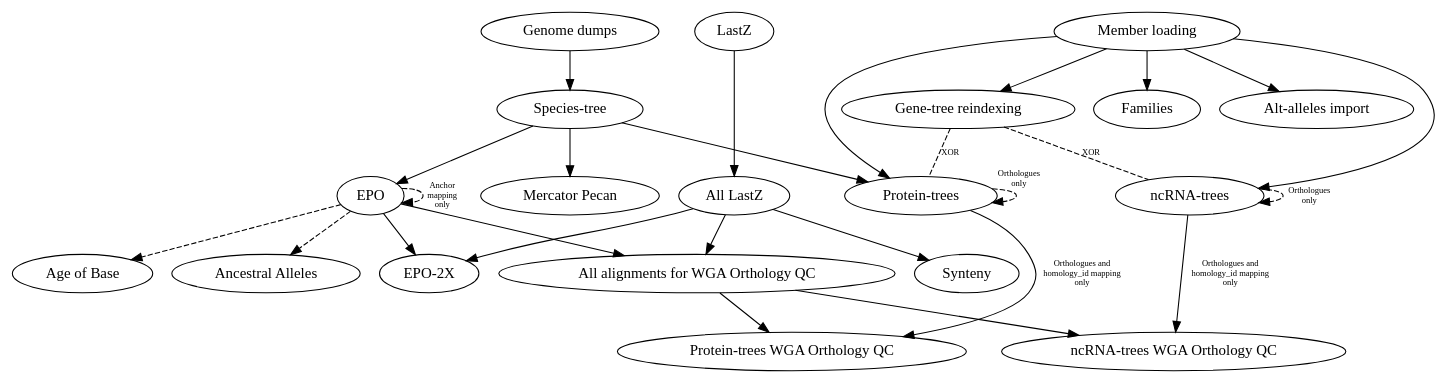
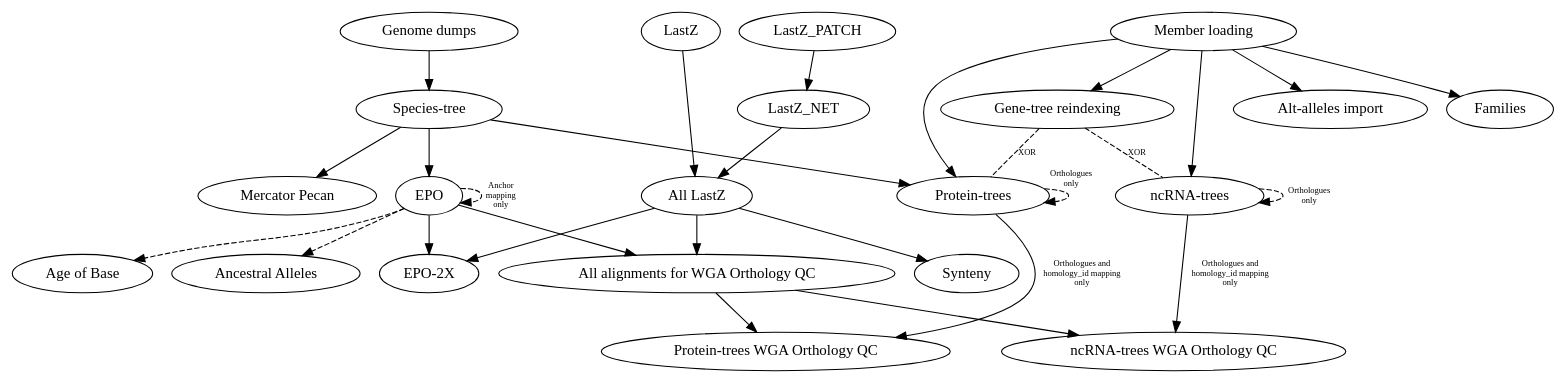
Before and after one commit to Ensembl/ensembl-compara: the diagram in scripts/jira_tickets/compara_merged.dot, drawn with Graphviz. The commit also changed 1 other file, not shown here.

Commit message:
added LASTZ_PATCH and LASTZ_NET to dependencies graph and list of standard tickets

```diff
--- a/scripts/jira_tickets/compara_merged.dot
+++ b/scripts/jira_tickets/compara_merged.dot
@@ -1,21 +1,22 @@
 digraph {
     "Genome dumps" -> "Species-tree";
     "Species-tree" -> { "EPO", "Mercator Pecan", "Protein-trees" };
     {"EPO", "All LastZ"} -> "EPO-2X";
     "Member loading" -> { "Protein-trees", "ncRNA-trees", "Families", "Gene-tree reindexing", "Alt-alleles import" };
     "Protein-trees" -> "Protein-trees WGA Orthology QC" [fontsize="8", label="Orthologues and\nhomology_id mapping\nonly"];
     "ncRNA-trees" -> "ncRNA-trees WGA Orthology QC" [fontsize="8", label="Orthologues and\nhomology_id mapping\nonly"];
     {"All LastZ", "EPO"} -> "All alignments for WGA Orthology QC" -> {"Protein-trees WGA Orthology QC", "ncRNA-trees WGA Orthology QC"};
     "LastZ" -> "All LastZ" -> "Synteny";
+    "LastZ_PATCH" -> "LastZ_NET" -> "All LastZ";
 
     "Gene-tree reindexing" -> "ncRNA-trees" [style="dashed", dir=none, fontsize="8", label="XOR", headport="murinae:w", tailport="murinae:s"];
     "Gene-tree reindexing" -> "Protein-trees" [style="dashed", dir=none, fontsize="8", label="XOR", headport="murinae:e", tailport="murinae:s"];
     "EPO" -> "EPO" [style="dashed", fontsize="8", label="Anchor\nmapping\nonly", headport="Primates:e", tailport="Mammals:e"];
     "EPO" -> "Age of Base" [style="dashed", headport="Human:e", tailport="Mammals:w"];
     "EPO" -> "Ancestral Alleles" [style="dashed", headport="Vertebrates:w", tailport="Primates:w"];
     "Protein-trees" -> "Protein-trees" [style="dashed", fontsize="8", xlabel="Orthologues\nonly", headport="Murinae:w", tailport="Default vertebrates:w"];
     "ncRNA-trees" -> "ncRNA-trees" [style="dashed", fontsize="8", label="Orthologues\nonly", headport="Murinae:e", tailport="Default vertebrates:e"];
 
     // Helps laying out the graph
     {rank = same; "Genome dumps"; "LastZ"; "Member loading"; }
 }
```
